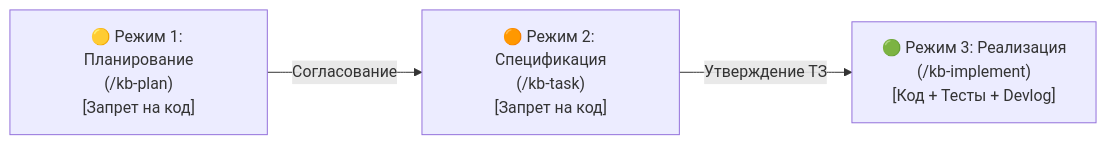
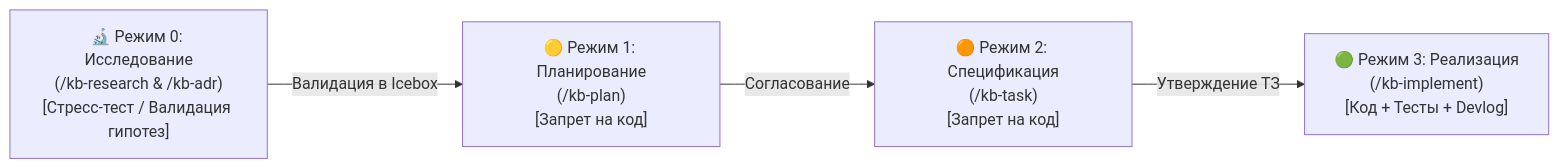
Before and after one commit to koudinie101-png/agent-docs-harness: the diagram in docs/Onboarding.md, drawn with Mermaid. The commit also changed other lines of this file and 8 other files, not shown here.

Commit message:
feat(templates): complete TASK-023 update roadmap/onboarding templates and guide

````diff
--- a/docs/Onboarding.md
+++ b/docs/Onboarding.md
@@ -38,9 +38,11 @@
 ```mermaid
 flowchart LR
+    Mode0["🔬 Режим 0: Исследование\n(/kb-research & /kb-adr)\n[Стресс-тест / Валидация гипотез]"]
     Mode1["🟡 Режим 1: Планирование\n(/kb-plan)\n[Запрет на код]"]
     Mode2["🟠 Режим 2: Спецификация\n(/kb-task)\n[Запрет на код]"]
     Mode3["🟢 Режим 3: Реализация\n(/kb-implement)\n[Код + Тесты + Devlog]"]
 
+    Mode0 -->|Валидация в Icebox| Mode1
     Mode1 -->|Согласование| Mode2
     Mode2 -->|Утверждение ТЗ| Mode3
 ```
````
